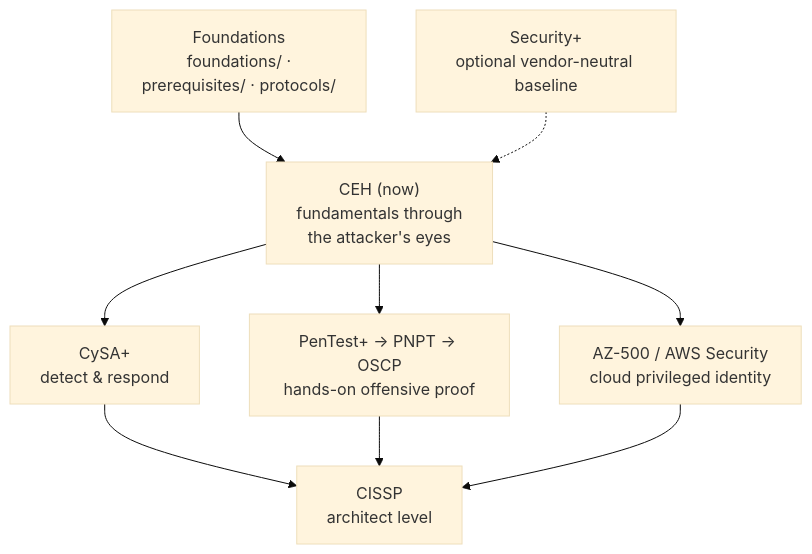
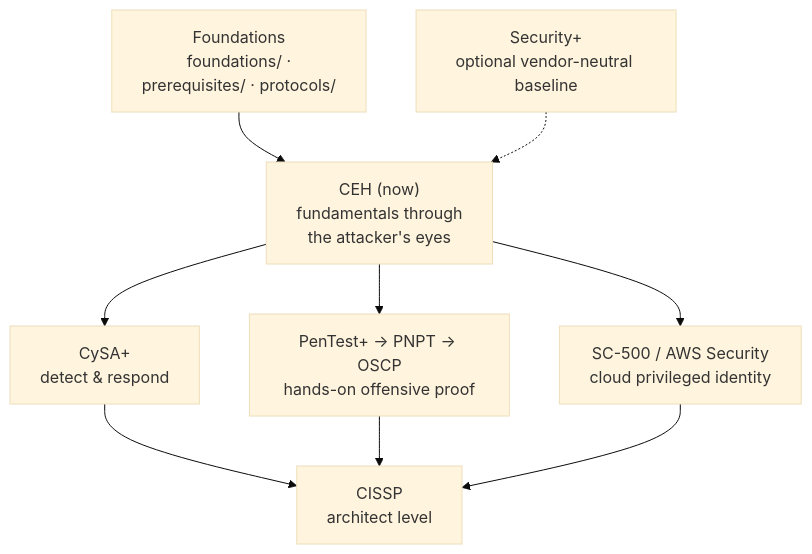
The second of 2 diagrams in learning/roadmap.md (morandeirachema/CyberCerts), drawn with Mermaid (base theme) before and after one commit. The commit also changed other lines of this file and 99 other files, not shown here.

````diff
--- a/learning/roadmap.md
+++ b/learning/roadmap.md
@@ -62,11 +62,11 @@
 ```mermaid
 flowchart TD
     F["Foundations<br/>foundations/ ·<br/>prerequisites/ · protocols/"] --> CEH["CEH (now)<br/>fundamentals through<br/>the attacker's eyes"]
     CEH --> SOC["CySA+<br/>detect & respond"]
     CEH --> OFF["PenTest+ → PNPT → OSCP<br/>hands-on offensive proof"]
-    CEH --> CLOUD["AZ-500 / AWS Security<br/>cloud privileged identity"]
+    CEH --> CLOUD["SC-500 / AWS Security<br/>cloud privileged identity"]
     SP["Security+<br/>optional vendor-neutral baseline"] -.-> CEH
     SOC --> ARCH["CISSP<br/>architect level"]
     OFF --> ARCH
     CLOUD --> ARCH
 ```
````
